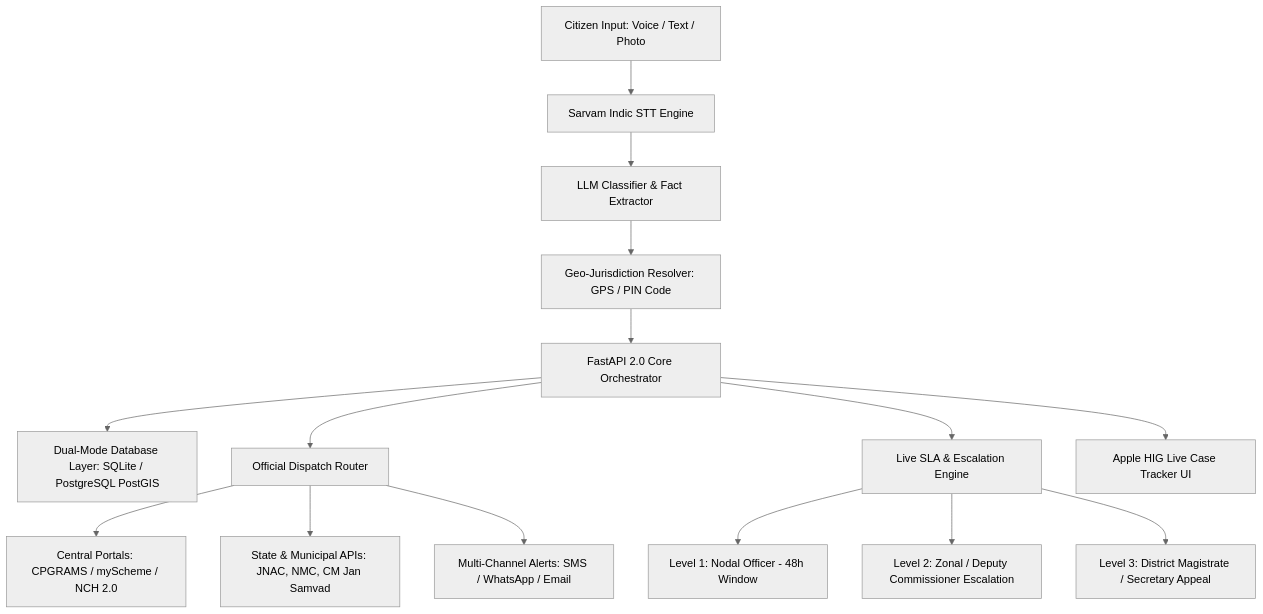
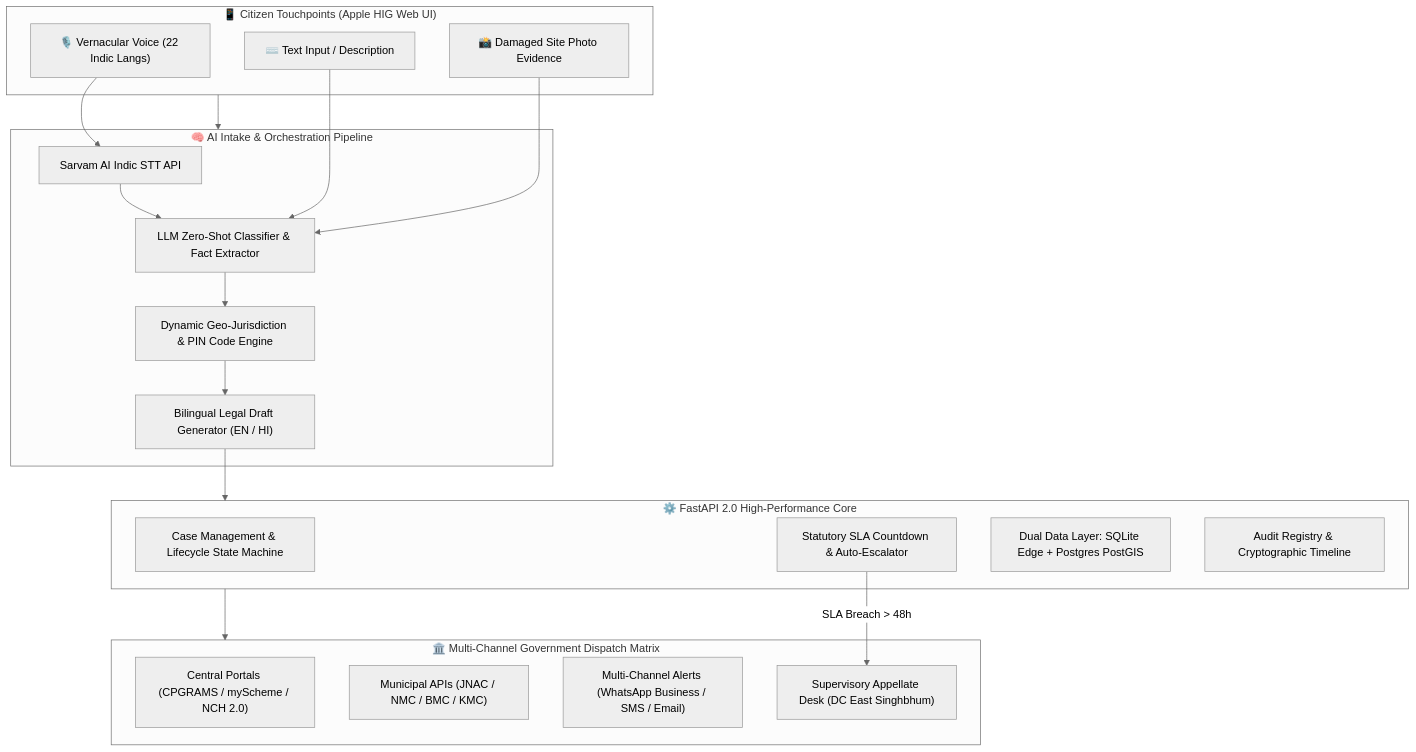
Before and after one commit to mohitraj8503/Nyaya-Setu: the diagram in README.md, drawn with Mermaid (neutral theme). The commit also changed other lines of this file, not shown here.

Commit message:
docs: make README 2.0 futuristic and Shark-Tank ready with business pitch, ROI metrics, interactive flowcharts, and technical deep-dive

````diff
--- a/README.md
+++ b/README.md
@@ -127,21 +135,37 @@
 ```mermaid
-graph TD
-    A[Citizen Input: Voice / Text / Photo] --> B[Sarvam Indic STT Engine]
-    B --> C[LLM Classifier & Fact Extractor]
-    C --> D[Geo-Jurisdiction Resolver: GPS / PIN Code]
-    D --> E[FastAPI 2.0 Core Orchestrator]
-    
-    E --> F[Dual-Mode Database Layer: SQLite / PostgreSQL PostGIS]
-    E --> G[Official Dispatch Router]
-    
-    G --> H[Central Portals: CPGRAMS / myScheme / NCH 2.0]
-    G --> I[State & Municipal APIs: JNAC, NMC, CM Jan Samvad]
-    G --> J[Multi-Channel Alerts: SMS / WhatsApp / Email]
-    
-    E --> K[Live SLA & Escalation Engine]
-    K --> L[Level 1: Nodal Officer - 48h Window]
-    K --> M[Level 2: Zonal / Deputy Commissioner Escalation]
-    K --> N[Level 3: District Magistrate / Secretary Appeal]
-    
-    E --> O[Apple HIG Live Case Tracker UI]
+flowchart TD
+    subgraph CITIZEN_INTERFACE["📱 Citizen Touchpoints (Apple HIG Web UI)"]
+        A1["🎙️ Vernacular Voice (22 Indic Langs)"]
+        A2["⌨️ Text Input / Description"]
+        A3["📸 Damaged Site Photo Evidence"]
+    end
+
+    subgraph AI_PIPELINE["🧠 AI Intake & Orchestration Pipeline"]
+        B1["Sarvam AI Indic STT API"]
+        B2["LLM Zero-Shot Classifier & Fact Extractor"]
+        B3["Dynamic Geo-Jurisdiction & PIN Code Engine"]
+        B4["Bilingual Legal Draft Generator (EN / HI)"]
+    end
+
+    subgraph BACKEND_CORE["⚙️ FastAPI 2.0 High-Performance Core"]
+        C1["Case Management & Lifecycle State Machine"]
+        C2["Statutory SLA Countdown & Auto-Escalator"]
+        C3["Dual Data Layer: SQLite Edge + Postgres PostGIS"]
+        C4["Audit Registry & Cryptographic Timeline"]
+    end
+
+    subgraph OFFICIAL_DISPATCH["🏛️ Multi-Channel Government Dispatch Matrix"]
+        D1["Central Portals (CPGRAMS / myScheme / NCH 2.0)"]
+        D2["Municipal APIs (JNAC / NMC / BMC / KMC)"]
+        D3["Multi-Channel Alerts (WhatsApp Business / SMS / Email)"]
+        D4["Supervisory Appellate Desk (DC East Singhbhum)"]
+    end
+
+    CITIZEN_INTERFACE --> AI_PIPELINE
+    A1 --> B1 --> B2
+    A2 --> B2
+    A3 --> B2
+    B2 --> B3 --> B4 --> BACKEND_CORE
+    BACKEND_CORE --> OFFICIAL_DISPATCH
+    C2 -- SLA Breach > 48h --> D4
 ```
````
